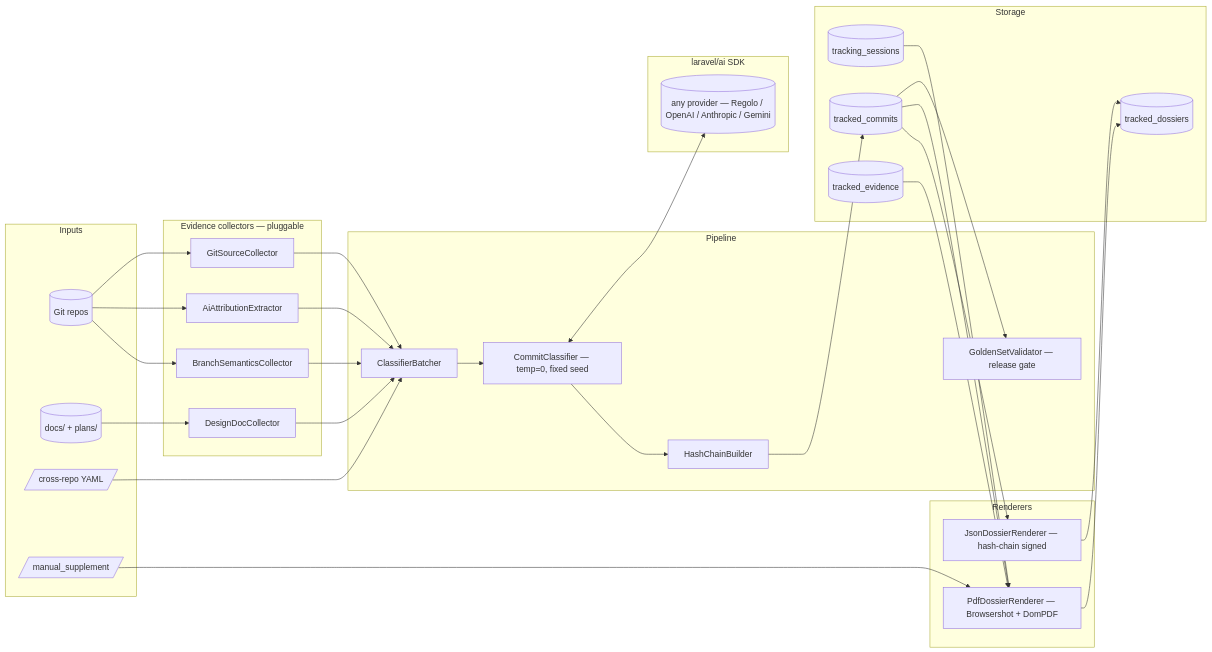
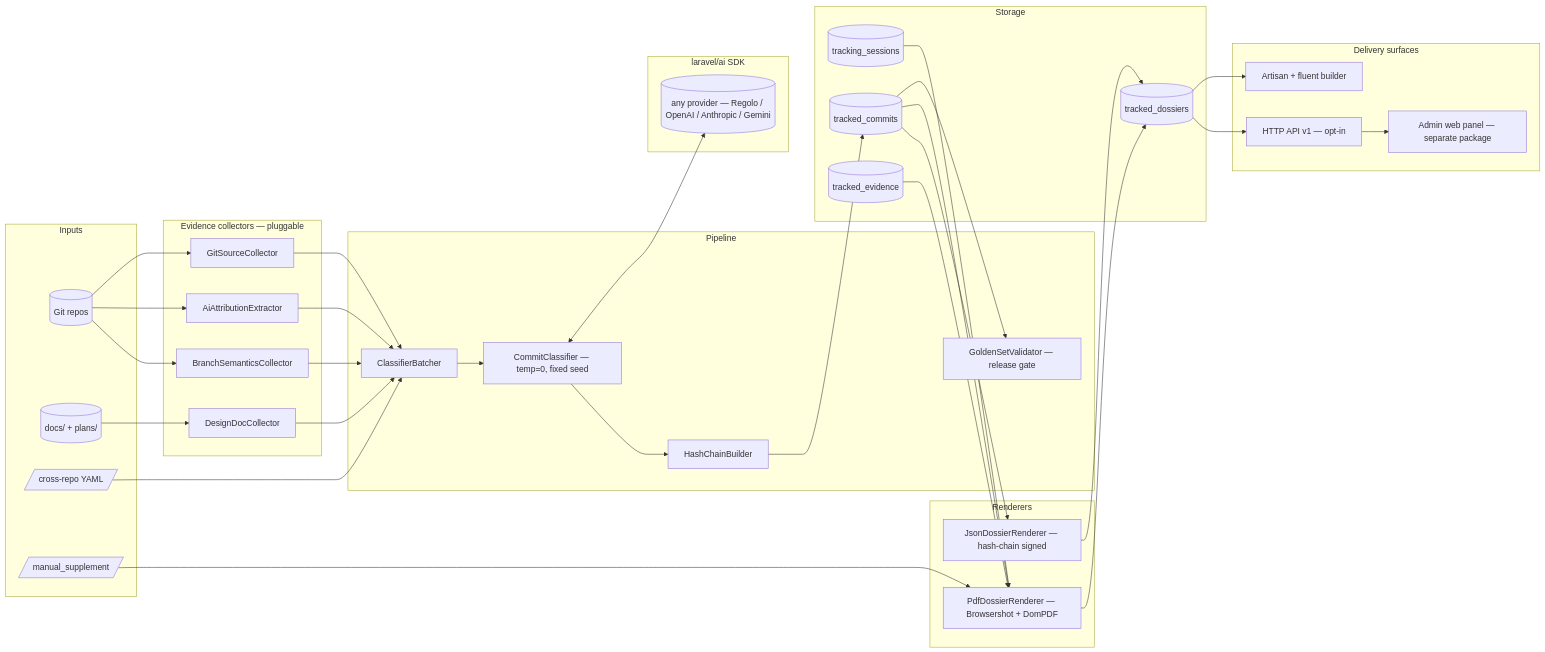
One commit to padosoft/laravel-patent-box-tracker changed the diagram in README.md. Above: the diagram before and after it, drawn with Mermaid. The commit also changed other lines of this file and 23 other files, not shown here.

First line of the commit message:
release: v1.0.0 — first stable cut (API v1 stable + admin panel companion + Claude pack frontmatter)

````diff
--- a/README.md
+++ b/README.md
@@ -418,65 +490,75 @@
 ```mermaid
 flowchart LR
     subgraph Inputs[Inputs]
         Repos[(Git repos)]
         Docs[(docs/ + plans/)]
         Yaml[/cross-repo YAML/]
         Manual[/manual_supplement/]
     end
 
     subgraph Collectors[Evidence collectors — pluggable]
         Git[GitSourceCollector]
         Ai[AiAttributionExtractor]
         Design[DesignDocCollector]
         Branch[BranchSemanticsCollector]
     end
 
     subgraph Pipeline[Pipeline]
         Batch[ClassifierBatcher]
         Clf[CommitClassifier — temp=0, fixed seed]
         Hash[HashChainBuilder]
         Golden[GoldenSetValidator — release gate]
     end
 
     subgraph Storage[Storage]
         TS[(tracking_sessions)]
         TC[(tracked_commits)]
         TE[(tracked_evidence)]
         TD[(tracked_dossiers)]
     end
 
     subgraph Renderers[Renderers]
         Pdf[PdfDossierRenderer — Browsershot + DomPDF]
         Json[JsonDossierRenderer — hash-chain signed]
     end
 
+    subgraph Surfaces[Delivery surfaces]
+        Cli[Artisan + fluent builder]
+        Api[HTTP API v1 — opt-in]
+        Admin[Admin web panel — separate package]
+    end
+
     subgraph LLM[laravel/ai SDK]
         Sdk[(any provider — Regolo / OpenAI / Anthropic / Gemini)]
     end
 
     Repos --> Git
     Repos --> Ai
     Docs --> Design
     Repos --> Branch
     Yaml --> Batch
     Manual --> Pdf
 
     Git --> Batch
     Ai --> Batch
     Design --> Batch
     Branch --> Batch
 
     Batch --> Clf
     Clf <--> Sdk
     Clf --> Hash
     Hash --> TC
 
     TC --> Golden
     TC --> Pdf
     TC --> Json
     TS --> Pdf
     TE --> Pdf
 
     Pdf --> TD
     Json --> TD
+
+    TD --> Cli
+    TD --> Api
+    Api --> Admin
 ```
````
